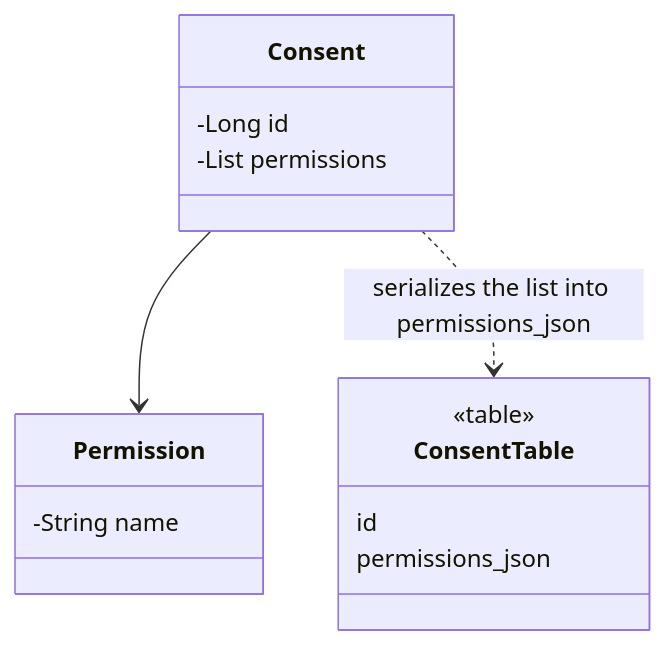
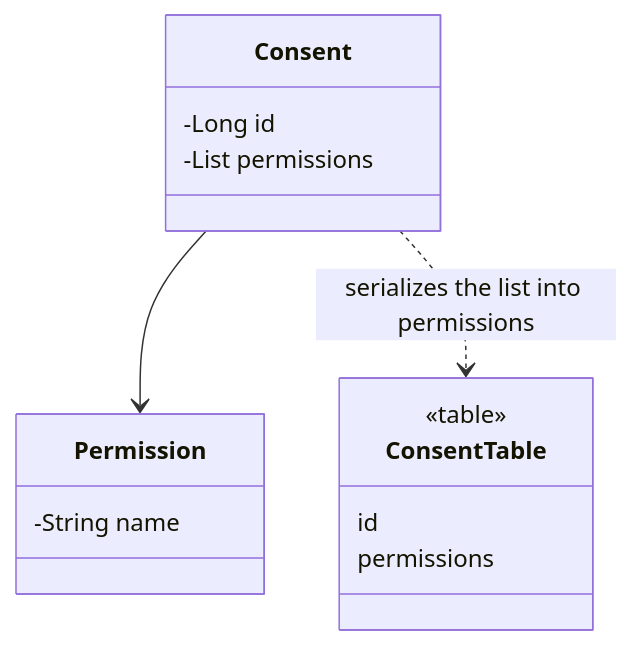
The diagram in i18n/en/docusaurus-plugin-content-docs/current/design/poeaa/object-relational-structural/serialized-lob.md (alancesar/design-patterns), drawn with Mermaid before and after one commit. The commit also changed other lines of this file and 28 other files, not shown here.

Commit message:
Fix PoEAA review findings: gateway example bug, diagrams aligned with code

````diff
--- a/i18n/en/docusaurus-plugin-content-docs/current/design/poeaa/object-relational-structural/serialized-lob.md
+++ b/i18n/en/docusaurus-plugin-content-docs/current/design/poeaa/object-relational-structural/serialized-lob.md
@@ -53,17 +53,17 @@
 ```mermaid
 classDiagram
     class Consent {
         -Long id
         -List permissions
     }
     class Permission {
         -String name
     }
     class ConsentTable {
         <<table>>
         id
-        permissions_json
+        permissions
     }
     Consent --> Permission
-    Consent ..> ConsentTable : serializes the list into permissions_json
+    Consent ..> ConsentTable : serializes the list into permissions
 ```
````
